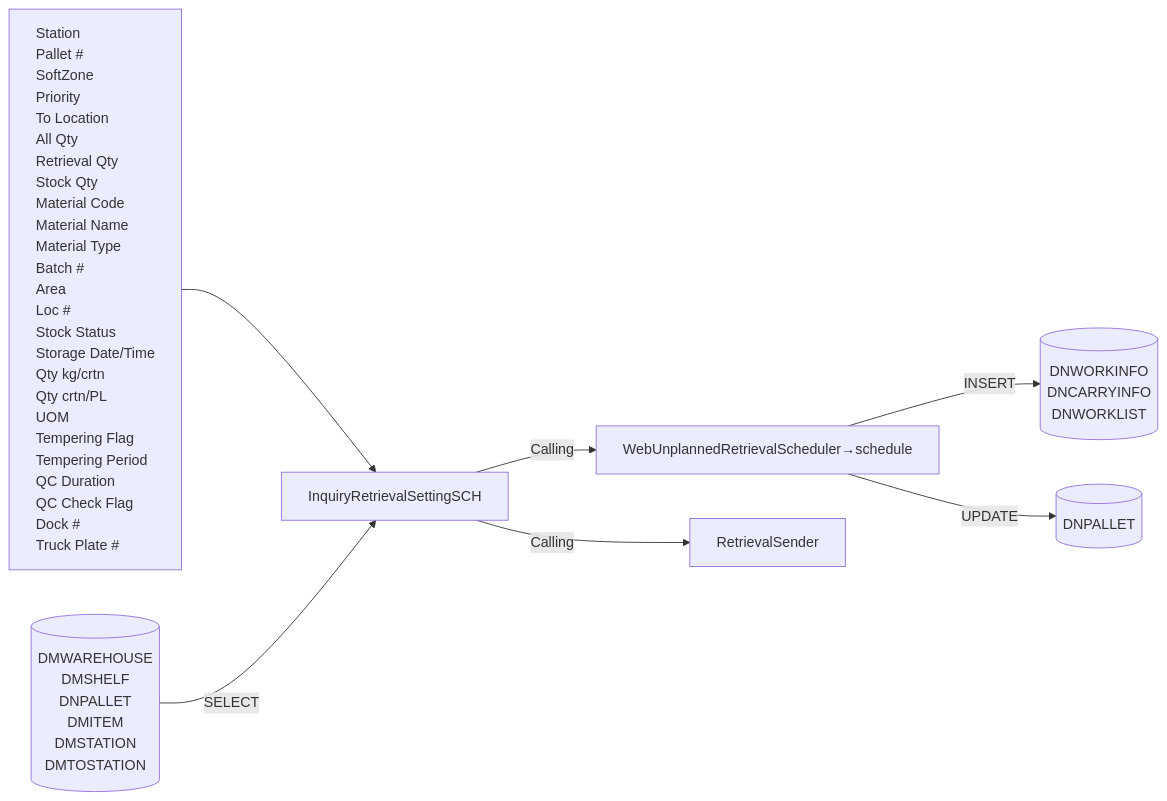
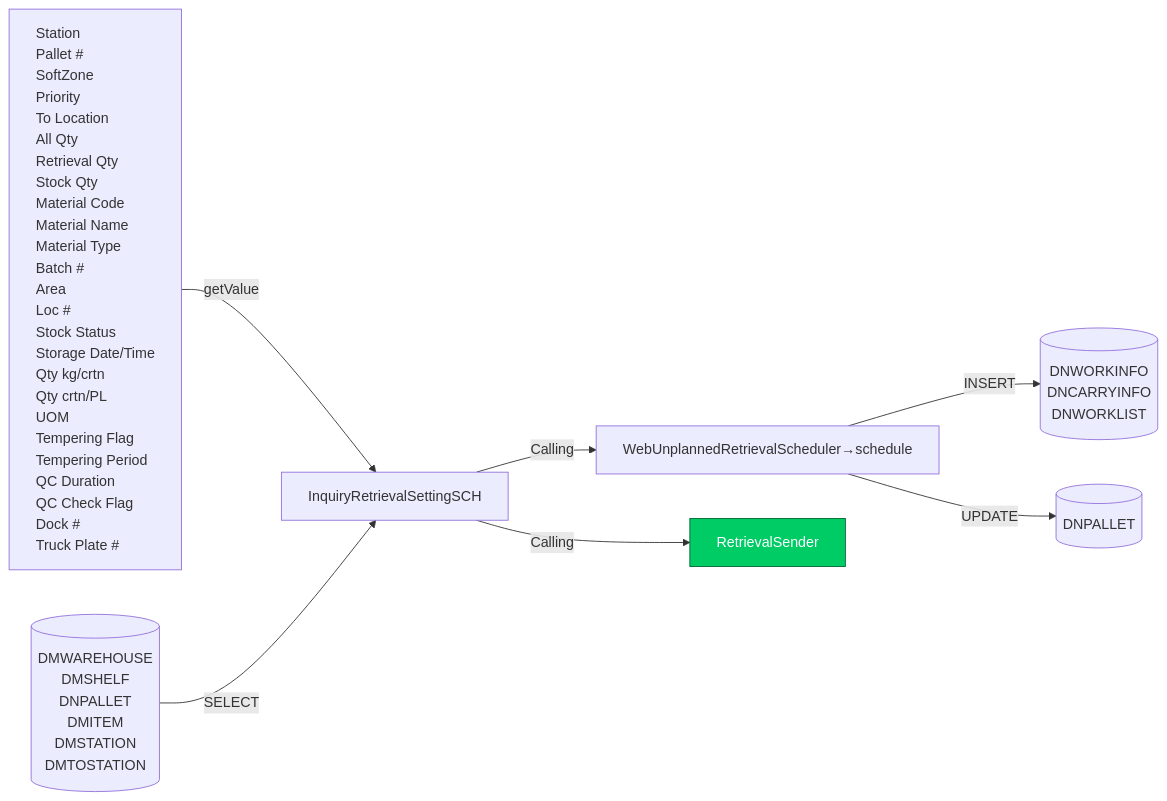
One commit to luthfiadityaa/SimeDarby-Wiki changed the third of 11 diagrams in Basic-Design/DFD-WMS/Retrieval/Unplanned-Retrieval-to-HP-Area.md. Above: the diagram before and after it, drawn with Mermaid.

Commit message:
Updated Unplanned Retrieval to HP Area

```diff
--- a/Basic-Design/DFD-WMS/Retrieval/Unplanned-Retrieval-to-HP-Area.md
+++ b/Basic-Design/DFD-WMS/Retrieval/Unplanned-Retrieval-to-HP-Area.md
@@ -109,61 +109,62 @@
 ::: mermaid
 flowchart LR
     input[
         Station
         Pallet #
         SoftZone
         Priority
         To Location
         All Qty
         Retrieval Qty
         Stock Qty
         Material Code
         Material Name
         Material Type
         Batch #
         Area
         Loc #
         Stock Status
         Storage Date/Time
         Qty kg/crtn
         Qty crtn/PL
         UOM
         Tempering Flag
         Tempering Period
         QC Duration
         QC Check Flag
         Dock #
         Truck Plate #  
     ]
 
     tableList-insert[("
         DNWORKINFO
         DNCARRYINFO
         DNWORKLIST
     ")]
 
      tableList-select[("
         DMWAREHOUSE
         DMSHELF
         DNPALLET
         DMITEM
         DMSTATION
         DMTOSTATION
     ")]
 
     tableList-update[("
         DNPALLET
     ")]
 
     className[InquiryRetrievalSettingSCH]
     className--> |Calling| className2[WebUnplannedRetrievalScheduler→schedule] --> |INSERT| tableList-insert
-    input --> className 
+    input --> |getValue| className 
     className--> |Calling| P1[RetrievalSender]
     className2 --> |UPDATE| tableList-update
+    tableList-select --> |SELECT| className
 
-
-    tableList-select --> |SELECT| className
+    click P1 "https://dev.azure.com/Daifuku-SW/ID_SimeDarbyPlantation/_wiki/wikis/ID_SimeDarbyPlantation.wiki/956/Stacked-Empty-Pallet?anchor=retrieval-sender" "Go to Retrieval Retrieval Sender"
+    style P1 fill:#00cc66,stroke:#006633,color:#ffffff
 
     classDef leftAlign text-align:left;
     class input leftAlign;
 :::
```
